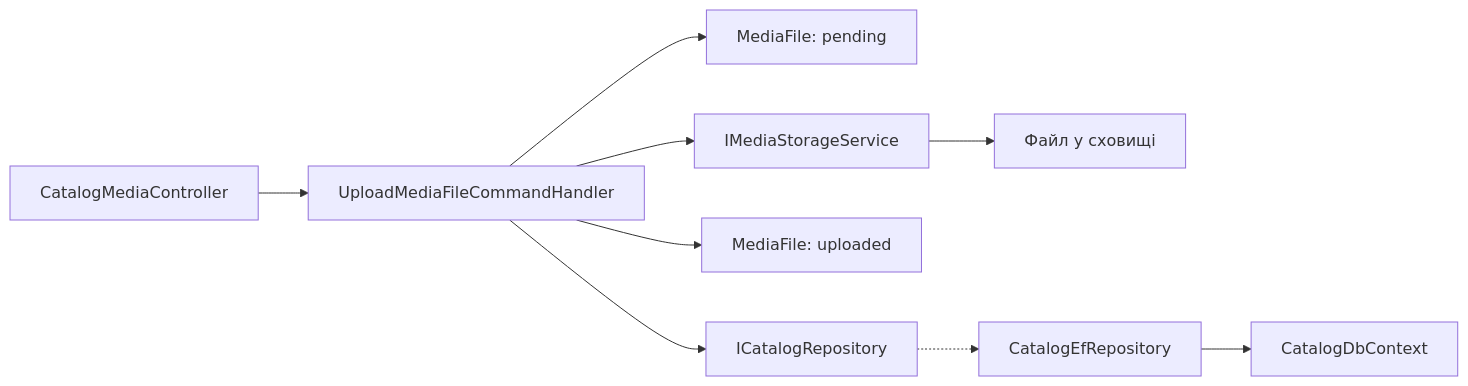
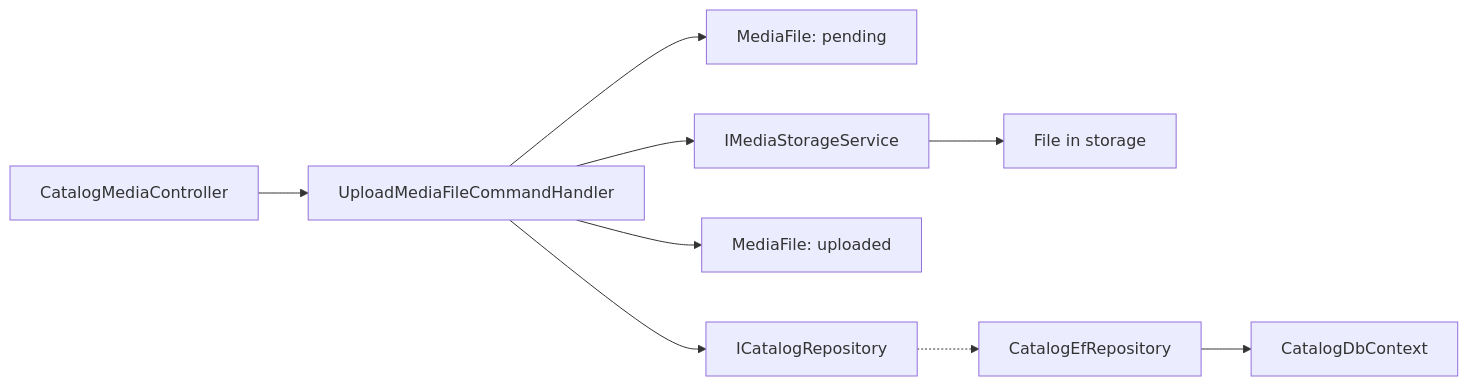
One commit to Weretik/BreviERP changed the diagram in docs/sdd/features/catalog/media.md. Above: the diagram before and after it, drawn with Mermaid. The commit also changed other lines of this file and 204 other files, not shown here.

````diff
--- a/docs/sdd/features/catalog/media.md
+++ b/docs/sdd/features/catalog/media.md
@@ -29,11 +29,11 @@
 ```mermaid
 flowchart LR
     A["CatalogMediaController"] --> B["UploadMediaFileCommandHandler"]
     B --> C["MediaFile: pending"]
     B --> D["IMediaStorageService"]
-    D --> E["Файл у сховищі"]
+    D --> E["File in storage"]
     B --> F["MediaFile: uploaded"]
     B --> G["ICatalogRepository<MediaFile>"]
     G -.-> H["CatalogEfRepository"]
     H --> I["CatalogDbContext"]
 ```
````
